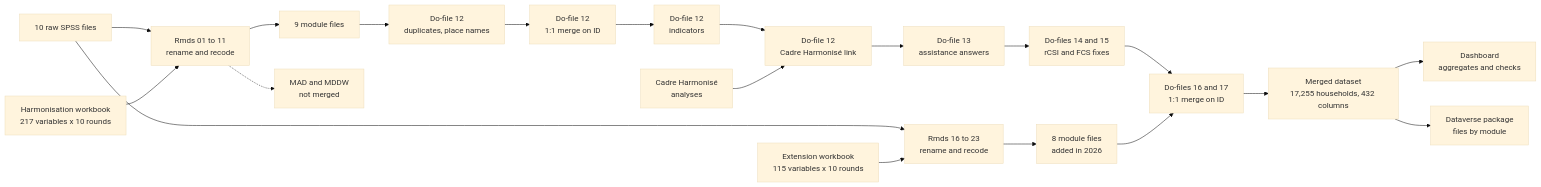
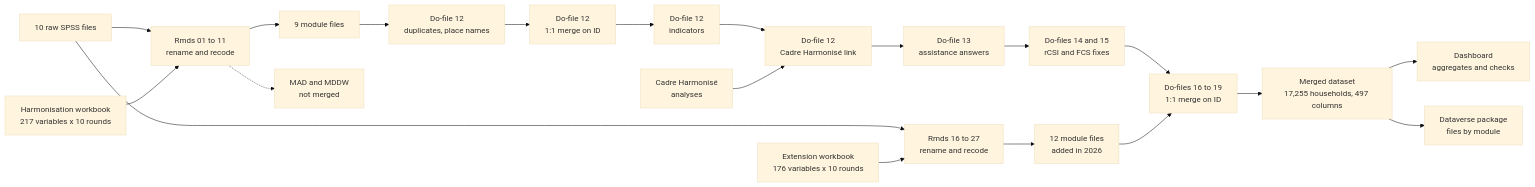
One commit to Abson-dev/WFP_Chad_Cost_Benefit_Analysis_data_merging changed the diagram in README.md. Above: the diagram before and after it, drawn with Mermaid (base theme). The commit also changed other lines of this file and 18 other files, not shown here.

````diff
--- a/README.md
+++ b/README.md
@@ -40,22 +40,22 @@
 ```mermaid
 flowchart LR
     raw["10 raw SPSS files"] --> rmd["Rmds 01 to 11<br/>rename and recode"]
     wb["Harmonisation workbook<br/>217 variables x 10 rounds"] --> rmd
     rmd --> mods["9 module files"]
     rmd -.-> nut["MAD and MDDW<br/>not merged"]
     mods --> clean["Do-file 12<br/>duplicates, place names"]
     clean --> merge["Do-file 12<br/>1:1 merge on ID"]
     merge --> scores["Do-file 12<br/>indicators"]
     scores --> link["Do-file 12<br/>Cadre Harmonisé link"]
     ch["Cadre Harmonisé<br/>analyses"] --> link
     link --> d13["Do-file 13<br/>assistance answers"]
     d13 --> fix["Do-files 14 and 15<br/>rCSI and FCS fixes"]
-    raw --> rmd2["Rmds 16 to 23<br/>rename and recode"]
-    wb2["Extension workbook<br/>115 variables x 10 rounds"] --> rmd2
-    rmd2 --> mods2["8 module files<br/>added in 2026"]
-    fix --> add["Do-files 16 and 17<br/>1:1 merge on ID"]
+    raw --> rmd2["Rmds 16 to 27<br/>rename and recode"]
+    wb2["Extension workbook<br/>176 variables x 10 rounds"] --> rmd2
+    rmd2 --> mods2["12 module files<br/>added in 2026"]
+    fix --> add["Do-files 16 to 19<br/>1:1 merge on ID"]
     mods2 --> add
-    add --> final["Merged dataset<br/>17,255 households, 432 columns"]
+    add --> final["Merged dataset<br/>17,255 households, 497 columns"]
     final --> app["Dashboard<br/>aggregates and checks"]
     final --> dep["Dataverse package<br/>files by module"]
 ```
````
